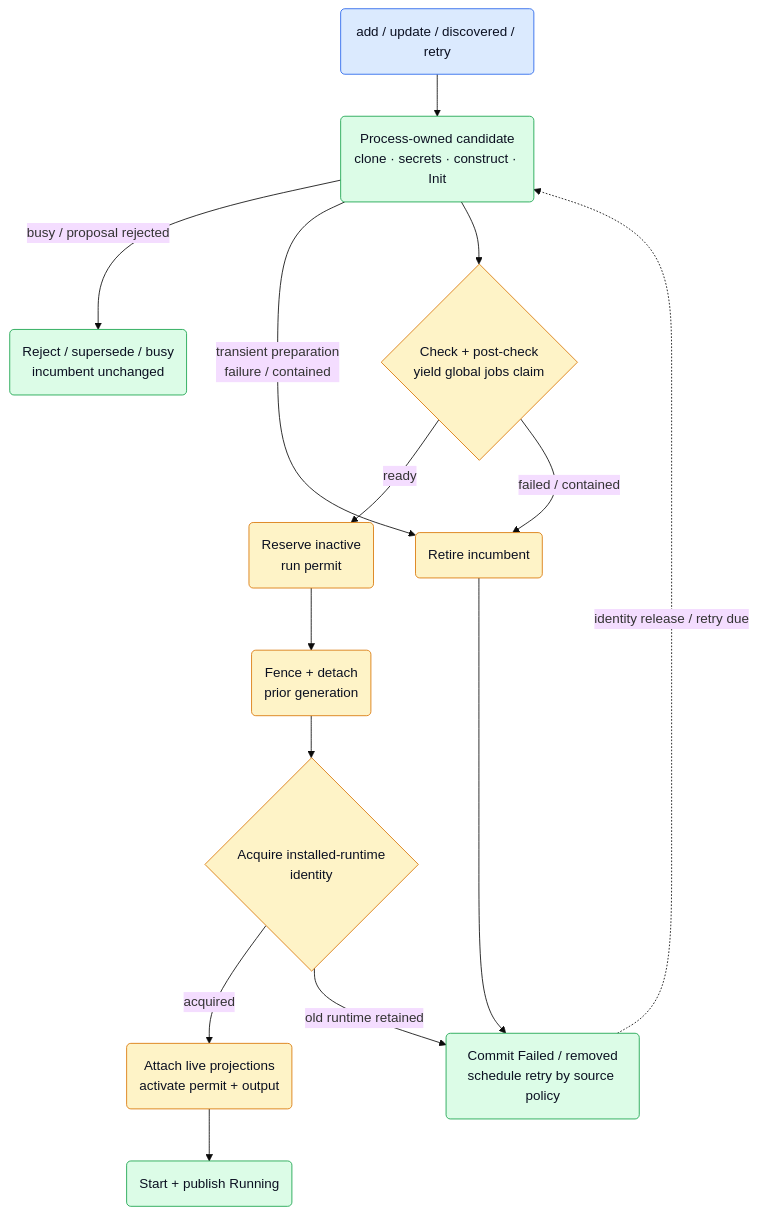
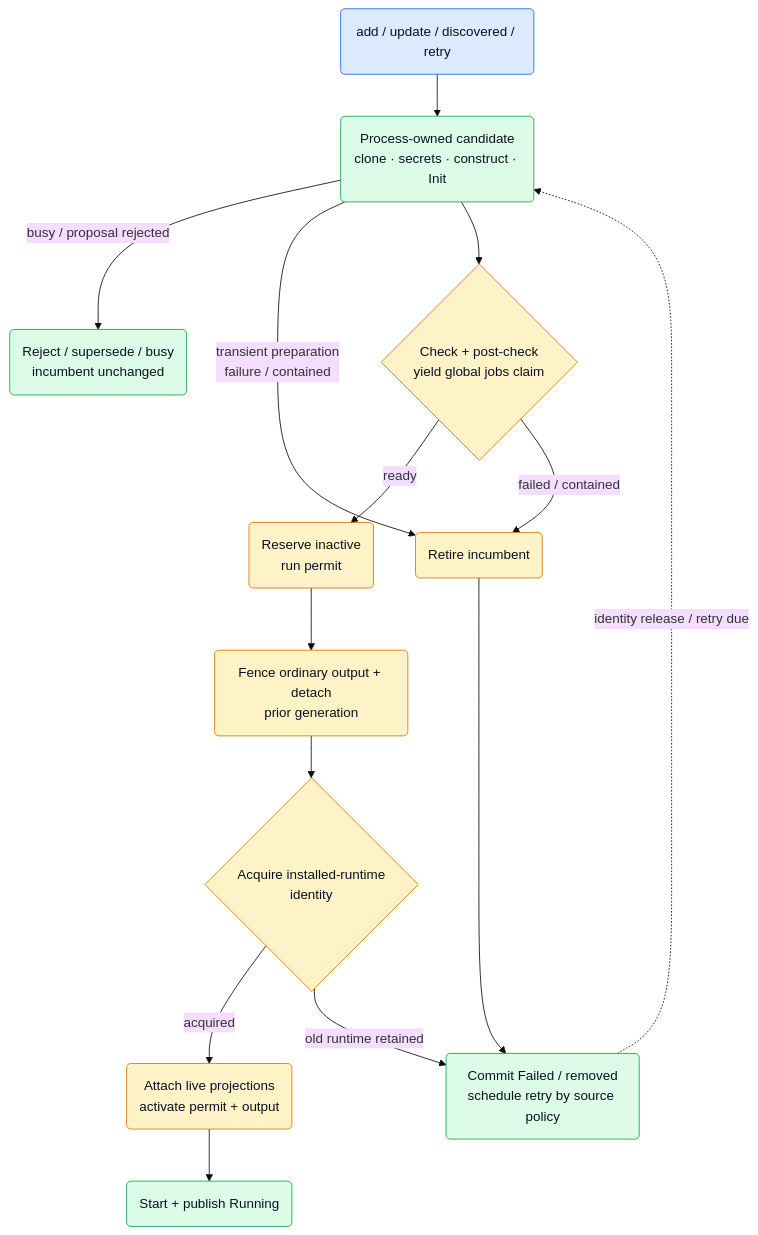
The sixth of 11 diagrams in src/go/plugin/agent/jobmgr/ARCHITECTURE.md (netdata/netdata), drawn with Mermaid (base theme) before and after one commit. The commit also changed other lines of this file and 19 other files, not shown here.

````diff
--- a/src/go/plugin/agent/jobmgr/ARCHITECTURE.md
+++ b/src/go/plugin/agent/jobmgr/ARCHITECTURE.md
@@ -472,31 +472,31 @@
 ```mermaid
 flowchart TD
     Cmd("add / update / discovered / retry")
     Stage("Process-owned candidate<br/>clone · secrets · construct · Init")
     AutoD{"Check + post-check<br/>yield global jobs claim"}
     Keep("Reject / supersede / busy<br/>incumbent unchanged")
     Reserve("Reserve inactive<br/>run permit")
-    Retire("Fence + detach<br/>prior generation")
+    Retire("Fence ordinary output + detach<br/>prior generation")
     Promote{"Acquire installed-runtime<br/>identity"}
     Attach("Attach live projections<br/>activate permit + output")
     Live("Start + publish Running")
     RetireFailed("Retire incumbent")
     Fail("Commit Failed / removed<br/>schedule retry by source policy")
 
     Cmd --> Stage
     Stage -->|"busy / proposal rejected"| Keep
     Stage -->|"transient preparation<br/>failure / contained"| RetireFailed
     Stage --> AutoD
     AutoD -->|"ready"| Reserve --> Retire --> Promote
     Promote -->|"acquired"| Attach --> Live
     AutoD -->|"failed / contained"| RetireFailed --> Fail
     Promote -->|"old runtime retained"| Fail
     Fail -. "identity release / retry due" .-> Stage
 
     classDef ext fill:#dbeafe,stroke:#2563eb,color:#0b1021;
     classDef core fill:#fef3c7,stroke:#d97706,color:#0b1021;
     classDef job fill:#dcfce7,stroke:#16a34a,color:#0b1021;
     class Cmd ext;
     class AutoD,Reserve,Retire,RetireFailed,Promote,Attach core;
     class Stage,Keep,Live,Fail job;
 ```
````
